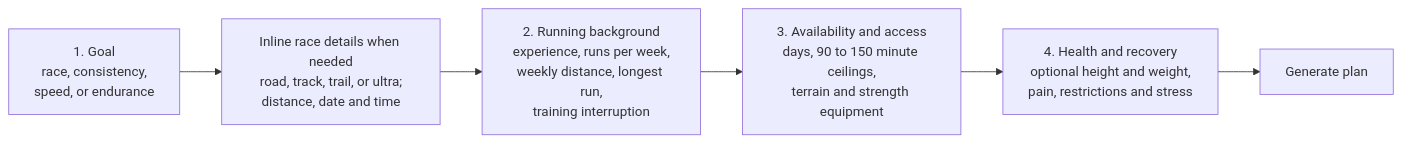
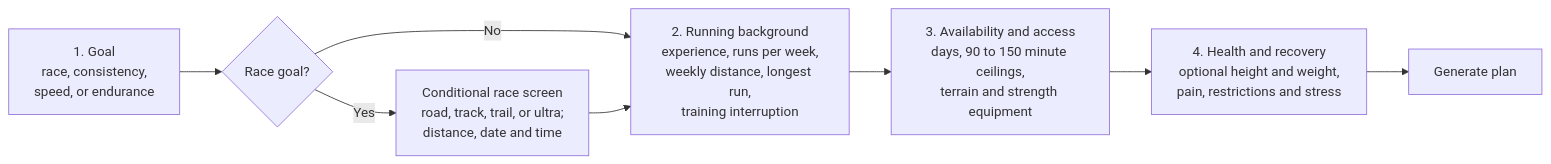
One commit to vamshikrishnabrungi/Fitness-App changed the first of 7 diagrams in docs/training-generation-architecture.md. Above: the diagram before and after it, drawn with Mermaid. The commit also changed 7 other files, not shown here.

Commit message:
Move race details to a conditional onboarding step

````diff
--- a/docs/training-generation-architecture.md
+++ b/docs/training-generation-architecture.md
@@ -13,8 +13,10 @@
 ```mermaid
 flowchart LR
-    A[1. Goal<br/>race, consistency,<br/>speed, or endurance] --> B[Inline race details when needed<br/>road, track, trail, or ultra;<br/>distance, date and time]
+    A[1. Goal<br/>race, consistency,<br/>speed, or endurance] --> R{Race goal?}
+    R -->|Yes| B[Conditional race screen<br/>road, track, trail, or ultra;<br/>distance, date and time]
+    R -->|No| C
     B --> C[2. Running background<br/>experience, runs per week,<br/>weekly distance, longest run,<br/>training interruption]
     C --> D[3. Availability and access<br/>days, 90 to 150 minute ceilings,<br/>terrain and strength equipment]
     D --> E[4. Health and recovery<br/>optional height and weight,<br/>pain, restrictions and stress]
     E --> F[Generate plan]
 ```
````
